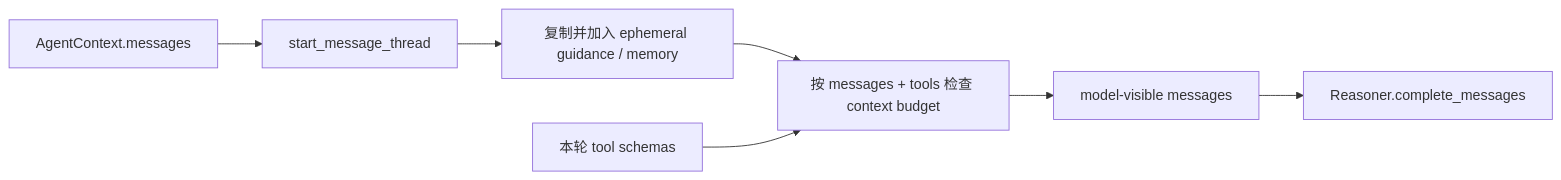
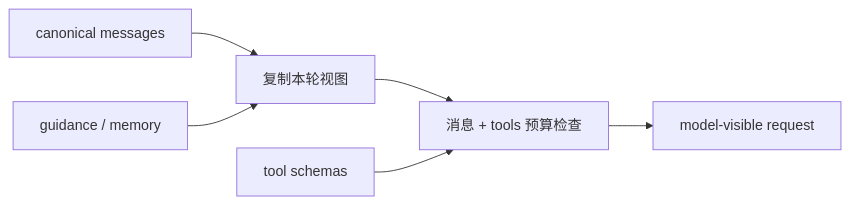
Before and after one commit to Arthur999459up/GitAgent: the fourth of 8 diagrams in docs/04-model-and-context-protocol.md, drawn with Mermaid. The commit also changed other lines of this file and 15 other files, not shown here.

````diff
--- a/docs/04-model-and-context-protocol.md
+++ b/docs/04-model-and-context-protocol.md
@@ -216,9 +107,8 @@
 ```mermaid
 flowchart LR
-    M[AgentContext.messages] --> S[start_message_thread]
-    S --> E[复制并加入 ephemeral guidance / memory]
-    E --> B[按 messages + tools 检查 context budget]
-    T[本轮 tool schemas] --> B
-    B --> Q[model-visible messages]
-    Q --> R[Reasoner.complete_messages]
+    M[canonical messages] --> E[复制本轮视图]
+    G[guidance / memory] --> E
+    E --> B[消息 + tools 预算检查]
+    T[tool schemas] --> B
+    B --> Q[model-visible request]
 ```
````
